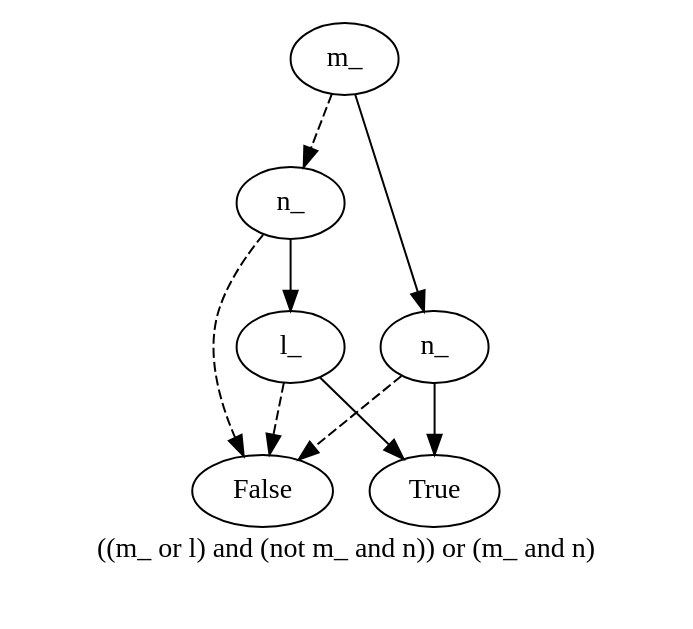
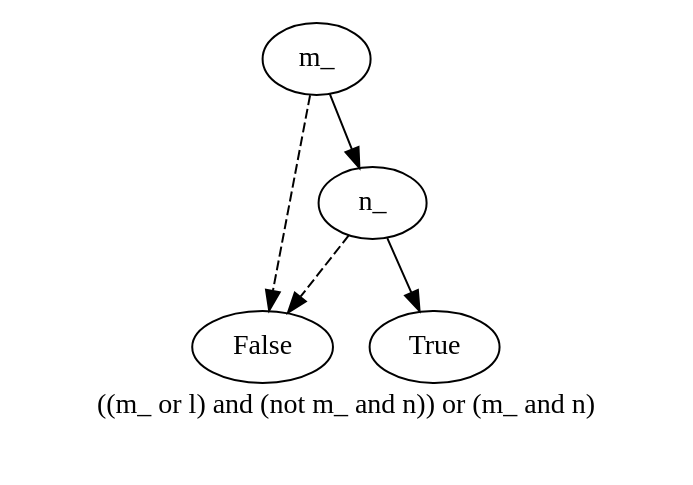
Before and after one commit to O1ez/IncreasingResilienceOfAutomatedVehicles: the diagram in out/test3/end_1_bdd_f_replaced.dot, drawn with Graphviz. The commit also changed 52 other files, not shown here.

```diff
--- a/out/test3/end_1_bdd_f_replaced.dot
+++ b/out/test3/end_1_bdd_f_replaced.dot
@@ -1,27 +1,15 @@
 digraph{
 label="((m_ or l) and (not m_ and n)) or (m_ and n)\n\n"
-1947405573072[label=m_]1947405570992[label="n_
+2746076255472[label=m_]2746076260112[label="False
 "]
-1947405573072 -> 1947405570992[style=dashed label="" fontcolor = gray]
-1947405568752[label="False
+2746076255472 -> 2746076260112[style=dashed label="" fontcolor = gray]
+2746076257072[label="n_
 "]
-1947405570992 -> 1947405568752[style=dashed label="" fontcolor = gray]
-1947405574832[label="l_
+2746076255472 -> 2746076257072 [label="" fontcolor = gray]
+2746076260112[label="False
 "]
-1947405570992 -> 1947405574832 [label="" fontcolor = gray]
-1947405568752[label="False
+2746076257072 -> 2746076260112[style=dashed label="" fontcolor = gray]
+2746076263952[label="True
 "]
-1947405574832 -> 1947405568752[style=dashed label="" fontcolor = gray]
-1947405579632[label="True
-"]
-1947405574832 -> 1947405579632 [label="" fontcolor = gray]
-1947405570352[label="n_
-"]
-1947405573072 -> 1947405570352 [label="" fontcolor = gray]
-1947405568752[label="False
-"]
-1947405570352 -> 1947405568752[style=dashed label="" fontcolor = gray]
-1947405579632[label="True
-"]
-1947405570352 -> 1947405579632 [label="" fontcolor = gray]
+2746076257072 -> 2746076263952 [label="" fontcolor = gray]
 }
```
